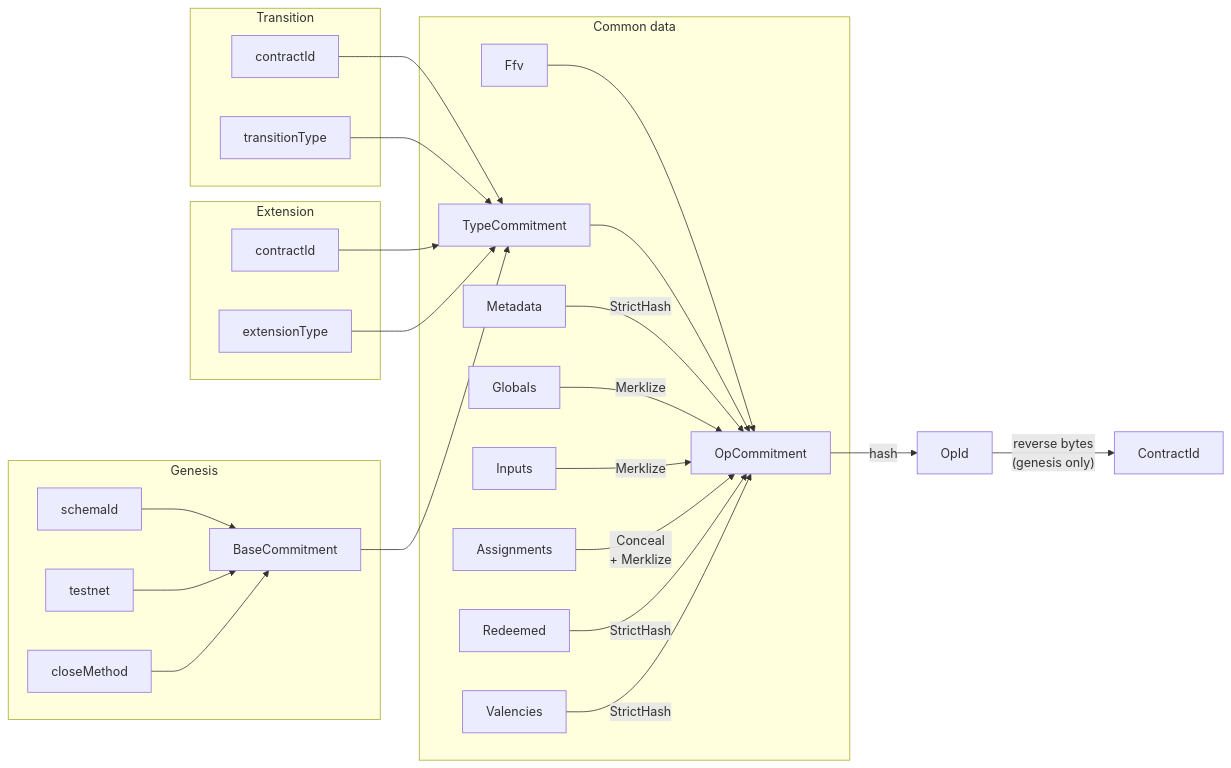
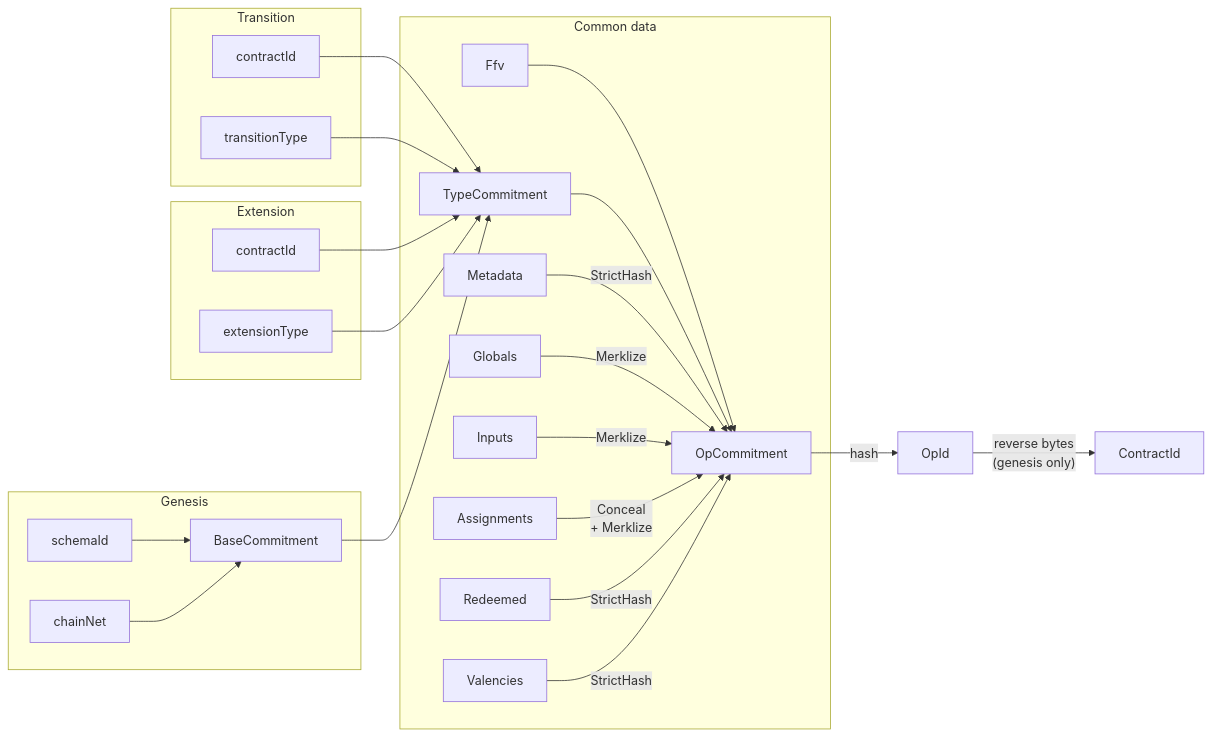
Before and after one commit to RGB-WG/rgb-core: the second of 3 diagrams in doc/Commitments.md, drawn with Mermaid.

Commit message:
doc: fix Genesis fields

````diff
--- a/doc/Commitments.md
+++ b/doc/Commitments.md
@@ -208,34 +208,33 @@
 ```mermaid
 flowchart LR
   subgraph "Common data"
     Ffv --> OpCommitment
     TypeCommitment --> OpCommitment
     Metadata -- StrictHash --> OpCommitment
     Globals -- Merklize --> OpCommitment
     Inputs -- Merklize --> OpCommitment
     Assignments -- "Conceal\n + Merklize" --> OpCommitment
     Redeemed -- StrictHash --> OpCommitment
     Valencies -- StrictHash --> OpCommitment
   end
 
   subgraph "Genesis"
     schemaId --> BaseCommitment
-    testnet --> BaseCommitment
-    closeMethod --> BaseCommitment
+    chainNet --> BaseCommitment
   end
 
   subgraph "Transition"
     tcid[contractId] --> TypeCommitment
     transitionType --> TypeCommitment
   end
 
   subgraph "Extension"
     ecid[contractId] --> TypeCommitment
     extensionType --> TypeCommitment
   end
 
   BaseCommitment --> TypeCommitment
 
   OpCommitment -- hash --> OpId
   OpId -- "reverse bytes\n(genesis only)" --> ContractId
 ```
````
